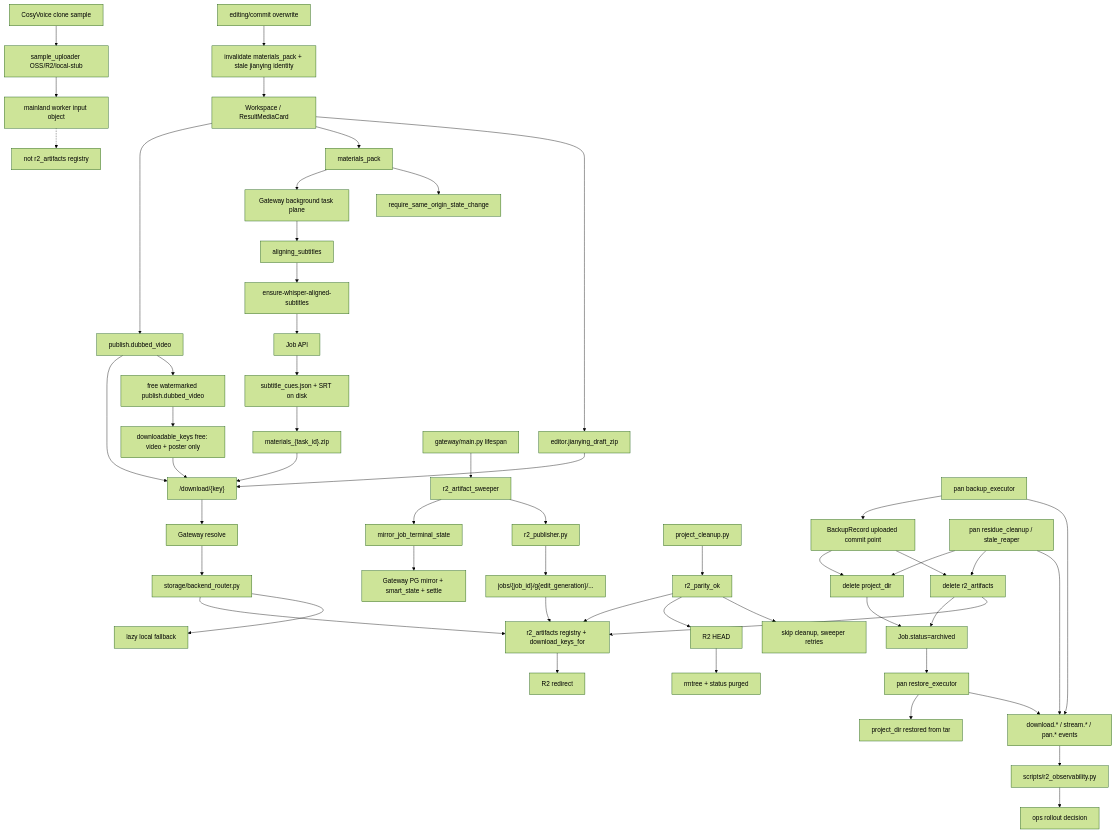
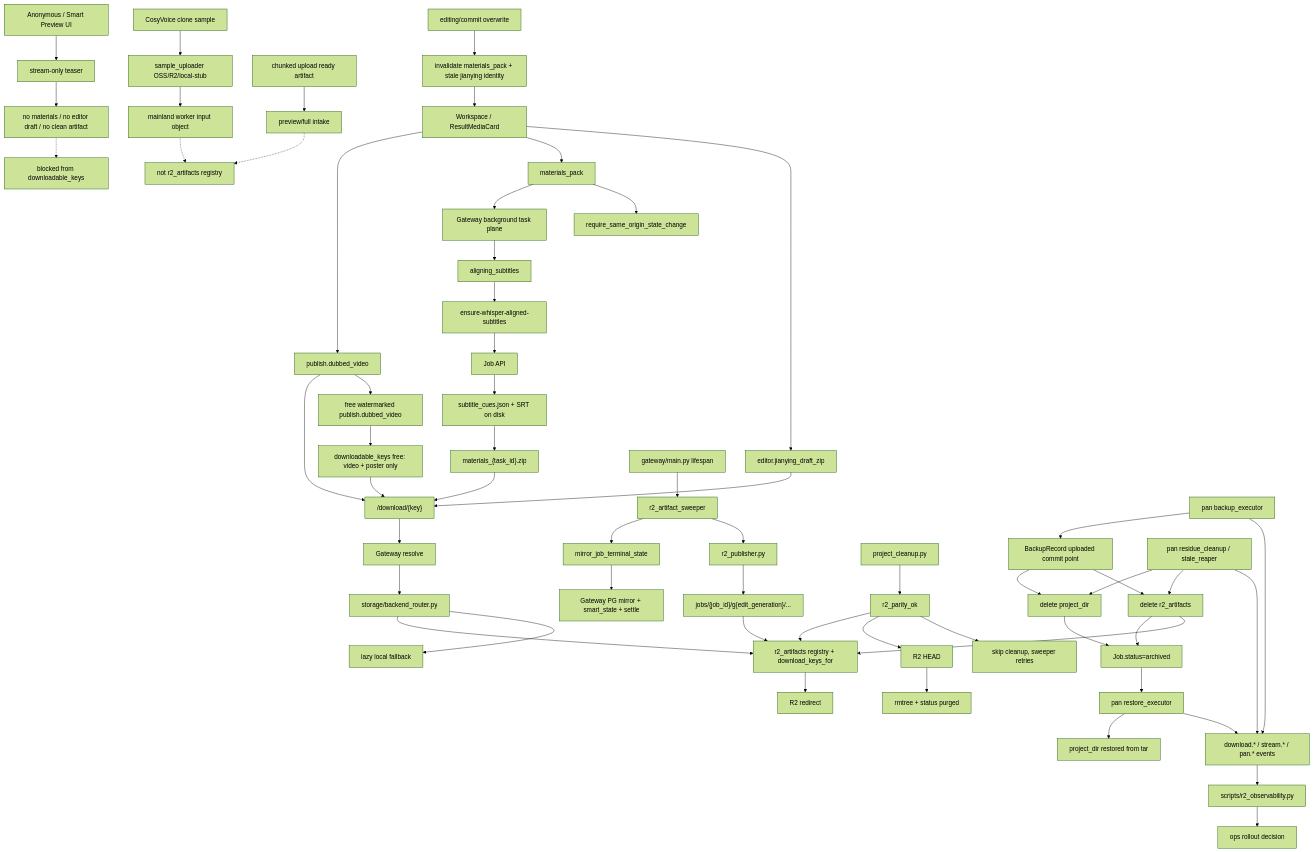
One commit to sun9bear/AITransVideo changed the diagram in docs/graphs/GITNEXUS_STORAGE_DELIVERY_R2_GRAPH.md. Above: the diagram before and after it, drawn with Mermaid (forest theme). The commit also changed other lines of this file and 11 other files, not shown here.

Commit message:
docs: refresh GitNexus project graphs

````diff
--- a/docs/graphs/GITNEXUS_STORAGE_DELIVERY_R2_GRAPH.md
+++ b/docs/graphs/GITNEXUS_STORAGE_DELIVERY_R2_GRAPH.md
@@ -22,63 +24,68 @@
 ```mermaid
 graph TD
     ResultUI["Workspace / ResultMediaCard"] --> Video["publish.dubbed_video"]
     ResultUI --> Pack["materials_pack"]
     ResultUI --> JDraft["editor.jianying_draft_zip"]
+    PreviewUI["Anonymous / Smart Preview UI"] --> PreviewStream["stream-only teaser"]
+    PreviewStream --> PreviewBoundary["no materials / no editor draft / no clean artifact"]
 
     Pack --> TaskPlane["Gateway background task plane"]
     Pack --> CSRF["require_same_origin_state_change"]
     TaskPlane --> PreAlign["aligning_subtitles"]
     PreAlign --> EnsureApi["ensure-whisper-aligned-subtitles"]
     EnsureApi --> JobApi["Job API"]
     JobApi --> OnDiskSrt["subtitle_cues.json + SRT on disk"]
     OnDiskSrt --> PackZip["materials_{task_id}.zip"]
 
     Video --> DownloadKey["/download/{key}"]
     Video --> FreeWatermarked["free watermarked publish.dubbed_video"]
     JDraft --> DownloadKey
     PackZip --> DownloadKey
     FreeWatermarked --> FreeKeys["downloadable_keys free: video + poster only"]
     FreeKeys --> DownloadKey
+    PreviewBoundary -.-> PreviewDownloadBlocked["blocked from downloadable_keys"]
     DownloadKey --> Gateway["Gateway resolve"]
     Gateway --> Router["storage/backend_router.py"]
     Router --> Registry["r2_artifacts registry + download_keys_for"]
     Registry --> R2["R2 redirect"]
     Router --> Local["lazy local fallback"]
 
     MainLife["gateway/main.py lifespan"] --> Sweeper["r2_artifact_sweeper"]
     Sweeper --> Mirror["mirror_job_terminal_state"]
     Mirror --> PG["Gateway PG mirror + smart_state + settle"]
     Sweeper --> Publisher["r2_publisher.py"]
     Publisher --> Keys["jobs/{job_id}/g{edit_generation}/..."]
     Keys --> Registry
 
     Cleanup["project_cleanup.py"] --> Parity["r2_parity_ok"]
     Parity --> Registry
     Parity --> Head["R2 HEAD"]
     Head --> Purge["rmtree + status purged"]
     Parity --> Skip["skip cleanup, sweeper retries"]
 
     PanBackup["pan backup_executor"] --> PanUploaded["BackupRecord uploaded commit point"]
     PanUploaded --> PanLocalDelete["delete project_dir"]
     PanUploaded --> PanR2Delete["delete r2_artifacts"]
     PanLocalDelete --> PanArchived["Job.status=archived"]
     PanR2Delete --> PanArchived
     PanArchived --> PanRestore["pan restore_executor"]
     PanRestore --> RestoredProject["project_dir restored from tar"]
     PanR2Delete --> Registry
     PanResidue["pan residue_cleanup / stale_reaper"] --> PanLocalDelete
     PanResidue --> PanR2Delete
 
     CosyClone["CosyVoice clone sample"] --> SampleUploader["sample_uploader OSS/R2/local-stub"]
     SampleUploader --> WorkerInput["mainland worker input object"]
     WorkerInput -.-> NotRegistry["not r2_artifacts registry"]
+    ChunkedUpload["chunked upload ready artifact"] --> Intake["preview/full intake"]
+    Intake -.-> NotRegistry
 
     EventLog["download.* / stream.* / pan.* events"] --> R2Obs["scripts/r2_observability.py"]
     PanBackup --> EventLog
     PanRestore --> EventLog
     PanResidue --> EventLog
     R2Obs --> Ops["ops rollout decision"]
 
     EditCommit["editing/commit overwrite"] --> Invalidate["invalidate materials_pack + stale jianying identity"]
     Invalidate --> ResultUI
 ```
````
